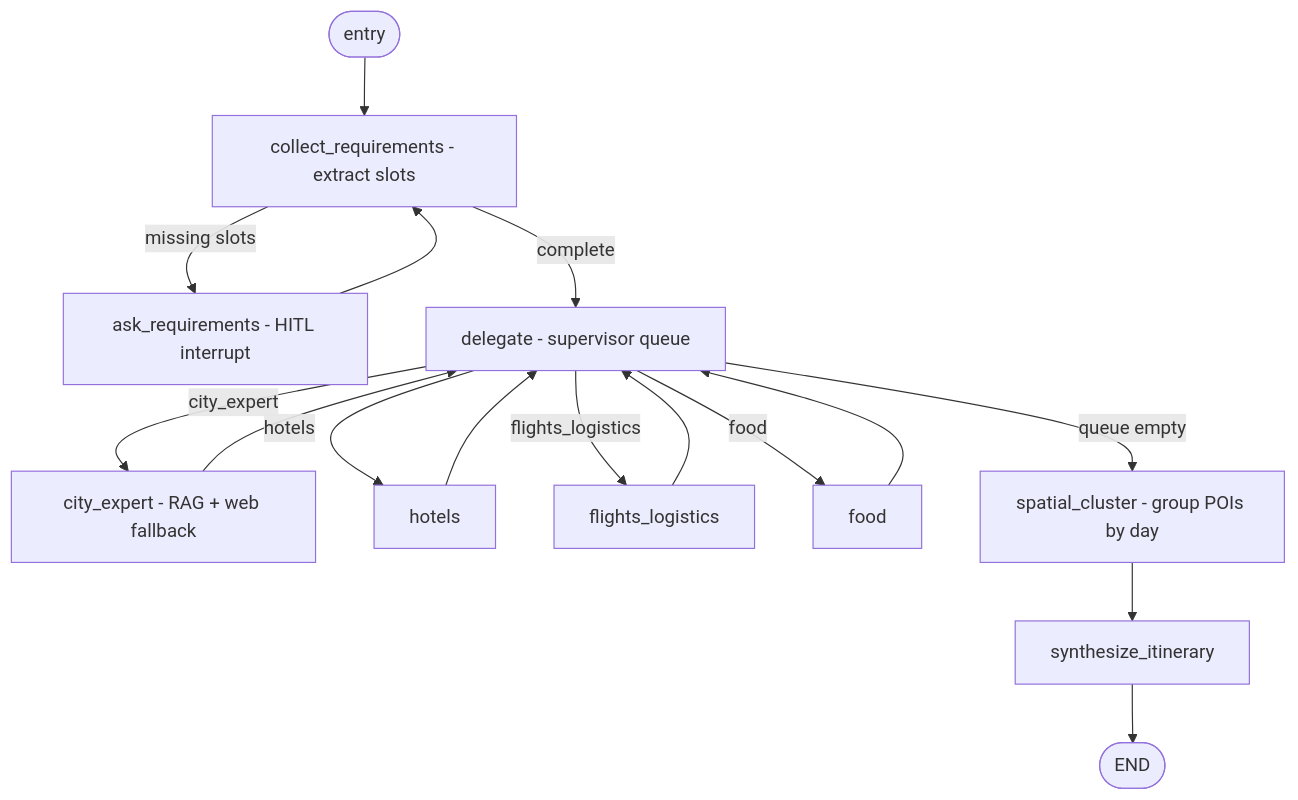
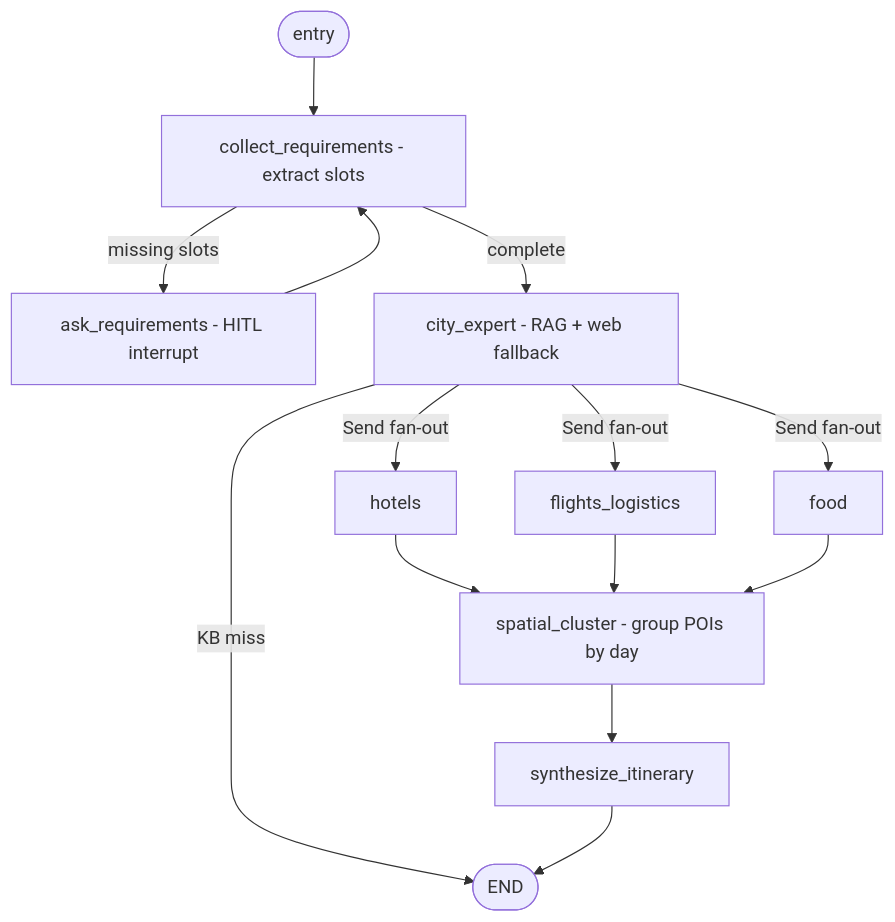
The first of 2 diagrams in docs/travel-planner.md (eng-mostafa-alrahal/autonomous-travel-guide), drawn with Mermaid before and after one commit. The commit also changed other lines of this file and 14 other files, not shown here.

First line of the commit message:
feat(travel): parallel specialist fan-out via Send (Stage 8)

````diff
--- a/docs/travel-planner.md
+++ b/docs/travel-planner.md
@@ -7,18 +7,16 @@
 ```mermaid
 flowchart TD
     Start([entry]) --> Collect[collect_requirements - extract slots]
     Collect -->|missing slots| Ask[ask_requirements - HITL interrupt]
     Ask --> Collect
-    Collect -->|complete| Delegate[delegate - supervisor queue]
-    Delegate -->|city_expert| City[city_expert - RAG + web fallback]
-    Delegate -->|hotels| Hotels[hotels]
-    Delegate -->|flights_logistics| Flights[flights_logistics]
-    Delegate -->|food| Food[food]
-    City --> Delegate
-    Hotels --> Delegate
-    Flights --> Delegate
-    Food --> Delegate
-    Delegate -->|queue empty| Cluster[spatial_cluster - group POIs by day]
+    Collect -->|complete| City[city_expert - RAG + web fallback]
+    City -->|KB miss| EndNode([END])
+    City -->|Send fan-out| Hotels[hotels]
+    City -->|Send fan-out| Flights[flights_logistics]
+    City -->|Send fan-out| Food[food]
+    Hotels --> Cluster[spatial_cluster - group POIs by day]
+    Flights --> Cluster
+    Food --> Cluster
     Cluster --> Synth[synthesize_itinerary]
     Synth --> EndNode([END])
 ```
````
